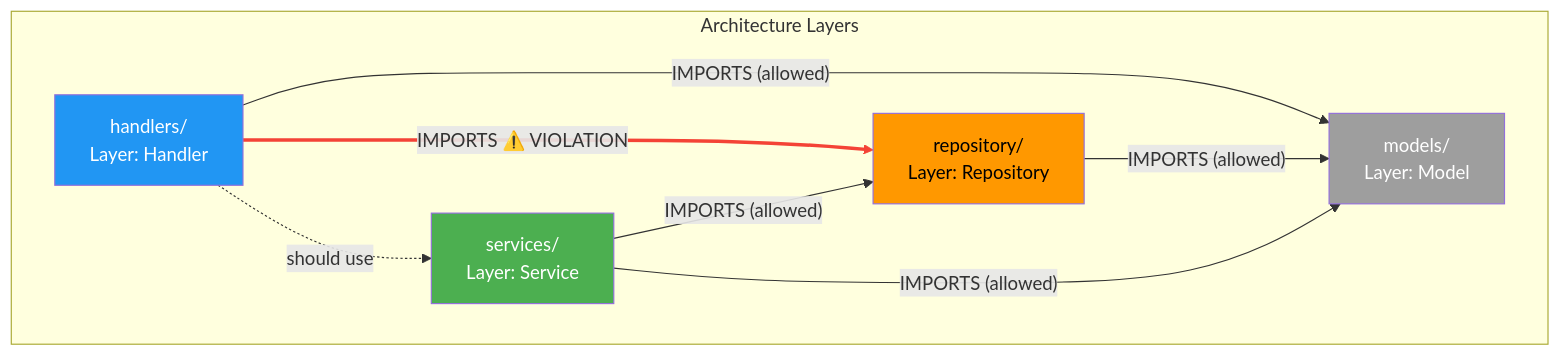
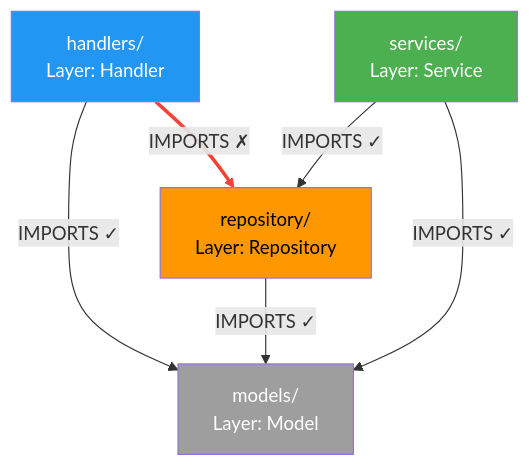
The fifth of 6 diagrams in docs/CodeFlow/customizable-analysis-rules-review.md (ricochet1k/orbitmesh), drawn with Mermaid before and after one commit. The commit also changed other lines of this file, not shown here.

First line of the commit message:
Rewrite CodeFlow analysis rules review with correct three-layer model

````diff
--- a/docs/CodeFlow/customizable-analysis-rules-review.md
+++ b/docs/CodeFlow/customizable-analysis-rules-review.md
@@ -1060,23 +1454,20 @@
 ```mermaid
 graph TD
-    subgraph "Architecture Layers"
-        H["handlers/<br/>Layer: Handler"]
-        S["services/<br/>Layer: Service"]
-        R["repository/<br/>Layer: Repository"]
-        M["models/<br/>Layer: Model"]
-    end
+    H["handlers/<br/>Layer: Handler"]
+    S["services/<br/>Layer: Service"]
+    R["repository/<br/>Layer: Repository"]
+    M["models/<br/>Layer: Model"]
 
-    H -- "IMPORTS (allowed)" --> M
-    H -- "IMPORTS ⚠️ VIOLATION" --> R
-    H -. "should use" .-> S
-    S -- "IMPORTS (allowed)" --> R
-    S -- "IMPORTS (allowed)" --> M
-    R -- "IMPORTS (allowed)" --> M
+    H -- "IMPORTS ✓" --> M
+    H -- "IMPORTS ✗" --> R
+    S -- "IMPORTS ✓" --> R
+    S -- "IMPORTS ✓" --> M
+    R -- "IMPORTS ✓" --> M
 
     style H fill:#2196f3,color:#fff
     style S fill:#4caf50,color:#fff
     style R fill:#ff9800,color:#000
     style M fill:#9e9e9e,color:#fff
 
     linkStyle 1 stroke:#f44336,stroke-width:3px
 ```
````
